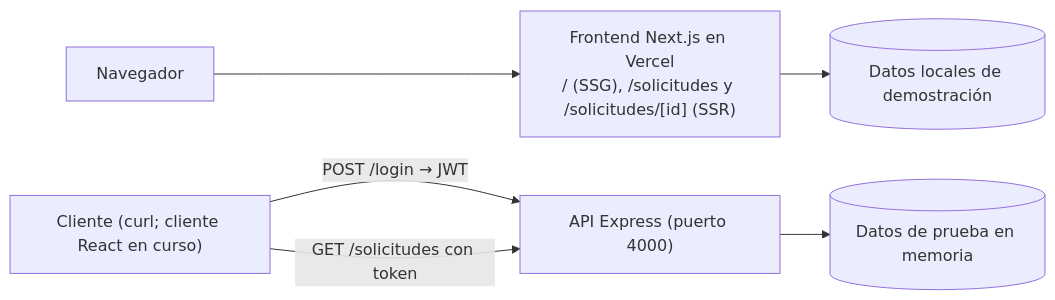
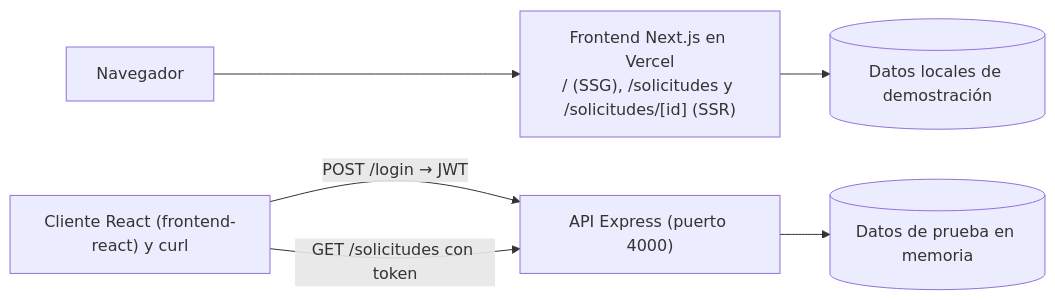
One commit to Marscience-74/proceso_aprendizaje_4 changed the diagram in README.md. Above: the diagram before and after it, drawn with Mermaid. The commit also changed other lines of this file and 19 other files, not shown here.

````diff
--- a/README.md
+++ b/README.md
@@ -99,8 +105,8 @@
 ```mermaid
 flowchart LR
   N[Navegador] --> V["Frontend Next.js en Vercel<br/>/ (SSG), /solicitudes y /solicitudes/[id] (SSR)"]
   V --> D[("Datos locales de demostración")]
-  C["Cliente (curl; cliente React en curso)"] -->|"POST /login → JWT"| A["API Express (puerto 4000)"]
+  C["Cliente React (frontend-react) y curl"] -->|"POST /login → JWT"| A["API Express (puerto 4000)"]
   C -->|"GET /solicitudes con token"| A
   A --> M[("Datos de prueba en memoria")]
 ```
````
